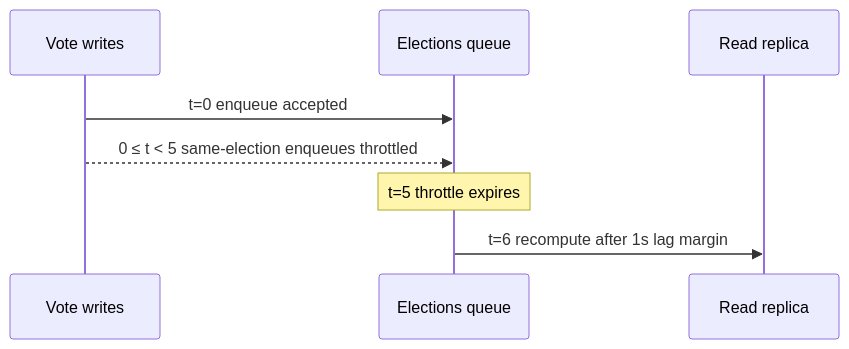
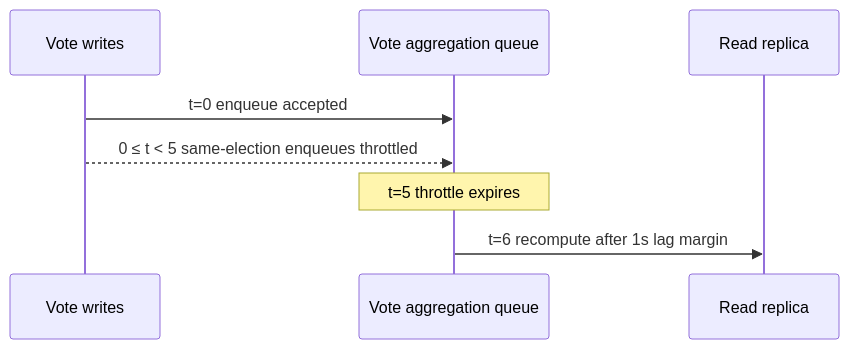
Before and after one commit to vouchington/vouchington: the diagram in docs/overview/architecture/queues/elections/README.md, drawn with Mermaid. The commit also changed other lines of this file and 227 other files, not shown here.

Commit message:
refactor(queue): merge vote aggregation jobs into one queue

````diff
--- a/docs/overview/architecture/queues/elections/README.md
+++ b/docs/overview/architecture/queues/elections/README.md
@@ -25,10 +25,10 @@
 ```mermaid
 sequenceDiagram
   participant V as Vote writes
-  participant Q as Elections queue
+  participant Q as Vote aggregation queue
   participant R as Read replica
   V->>Q: t=0 enqueue accepted
   V-->>Q: 0 ≤ t < 5 same-election enqueues throttled
   Note over Q: t=5 throttle expires
   Q->>R: t=6 recompute after 1s lag margin
 ```
````
